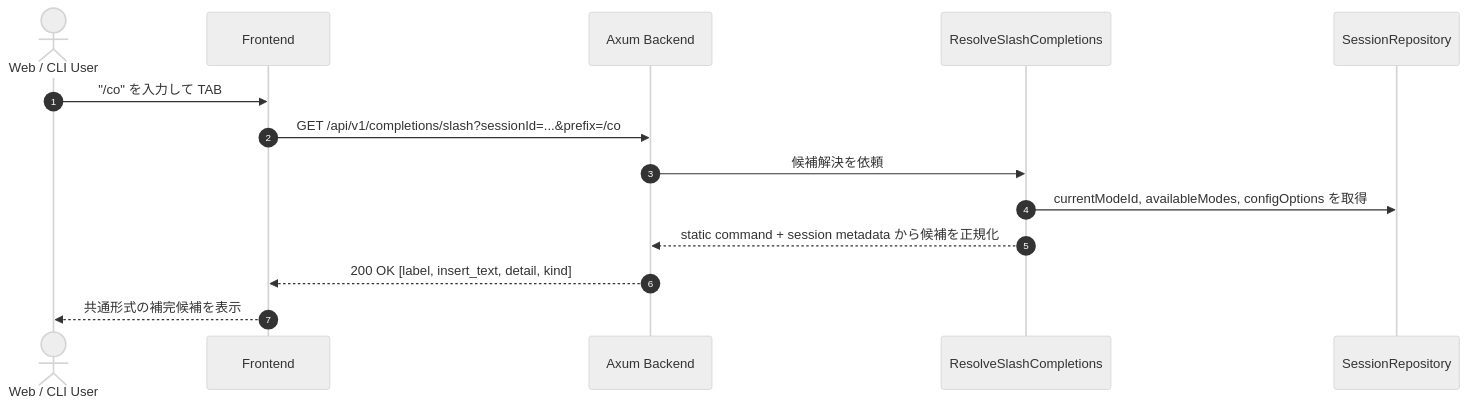
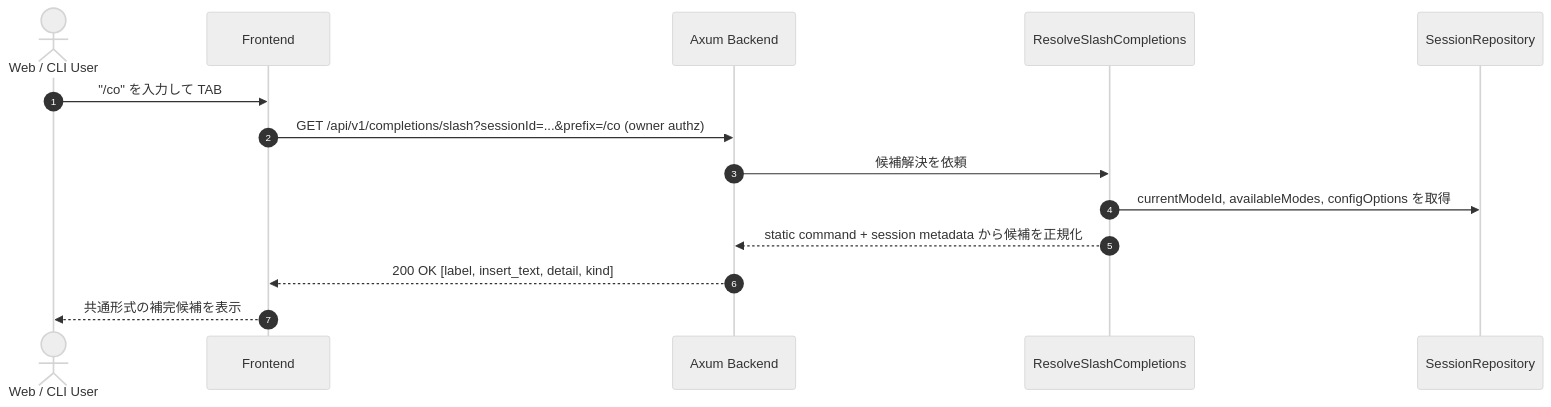
The ninth of 12 diagrams in docs/explanation/acp-web-cli-architecture.md (chalharu/copilot-sandbox-container), drawn with Mermaid (neutral theme) before and after one commit. The commit also changed other lines of this file, not shown here.

````diff
--- a/docs/explanation/acp-web-cli-architecture.md
+++ b/docs/explanation/acp-web-cli-architecture.md
@@ -472,18 +518,18 @@
 ```mermaid
 sequenceDiagram
     autonumber
     actor User as Web / CLI User
     participant Frontend as Frontend
     participant Backend as Axum Backend
     participant CompletionUC as ResolveSlashCompletions
     participant SessionRepo as SessionRepository
 
     User->>Frontend: "/co" を入力して TAB
-    Frontend->>Backend: GET /api/v1/completions/slash?sessionId=...&prefix=/co
+    Frontend->>Backend: GET /api/v1/completions/slash?sessionId=...&prefix=/co (owner authz)
     Backend->>CompletionUC: 候補解決を依頼
 
     CompletionUC->>SessionRepo: currentModeId, availableModes, configOptions を取得
     CompletionUC-->>Backend: static command + session metadata から候補を正規化
     Backend-->>Frontend: 200 OK [label, insert_text, detail, kind]
     Frontend-->>User: 共通形式の補完候補を表示
 ```
````
